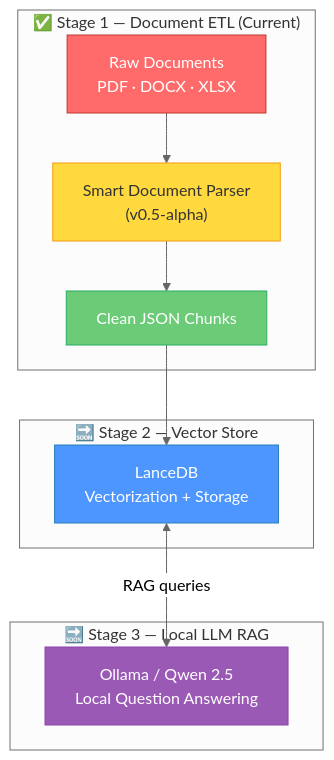
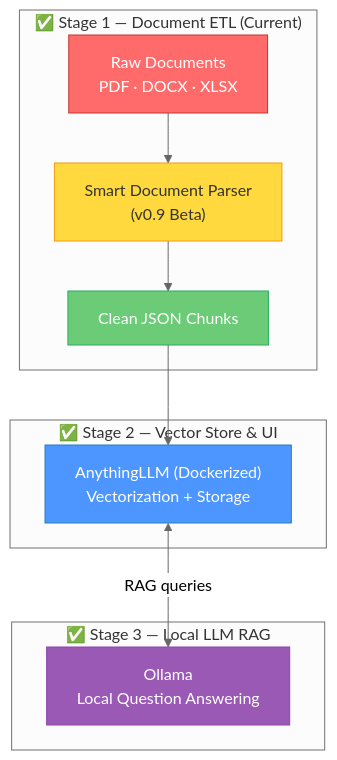
One commit to Falmer-128/smart-db changed the second of 2 diagrams in README.md. Above: the diagram before and after it, drawn with Mermaid (neutral theme). The commit also changed other lines of this file and 1 other file, not shown here.

````diff
--- a/README.md
+++ b/README.md
@@ -132,21 +144,21 @@
 ```mermaid
 graph TB
     subgraph "✅ Stage 1 — Document ETL (Current)"
-        A["Raw Documents<br/>PDF · DOCX · XLSX"] --> B["Smart Document Parser<br/>(v0.5-alpha)"]
+        A["Raw Documents<br/>PDF · DOCX · XLSX"] --> B["Smart Document Parser<br/>(v0.9 Beta)"]
         B --> C["Clean JSON Chunks"]
     end
 
-    subgraph "🔜 Stage 2 — Vector Store"
-        C --> D["LanceDB<br/>Vectorization + Storage"]
+    subgraph "✅ Stage 2 — Vector Store & UI"
+        C --> D["AnythingLLM (Dockerized)<br/>Vectorization + Storage"]
     end
 
-    subgraph "🔜 Stage 3 — Local LLM RAG"
-        D <-->|"RAG queries"| E["Ollama / Qwen 2.5<br/>Local Question Answering"]
+    subgraph "✅ Stage 3 — Local LLM RAG"
+        D <-->|"RAG queries"| E["Ollama<br/>Local Question Answering"]
     end
 
     style A fill:#ff6b6b,stroke:#c0392b,color:#fff
     style B fill:#ffd93d,stroke:#f39c12,color:#333
     style C fill:#6bcb77,stroke:#27ae60,color:#fff
     style D fill:#4d96ff,stroke:#2980b9,color:#fff
     style E fill:#9b59b6,stroke:#8e44ad,color:#fff
 ```
````
